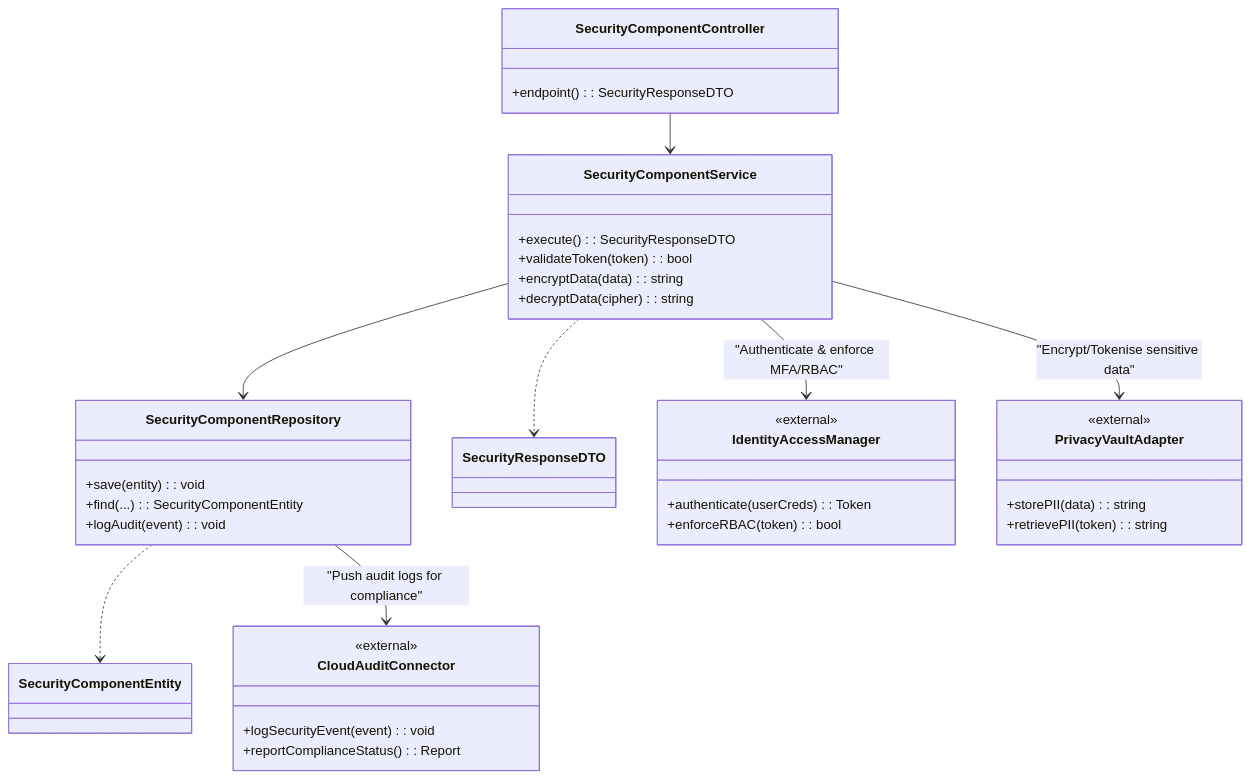
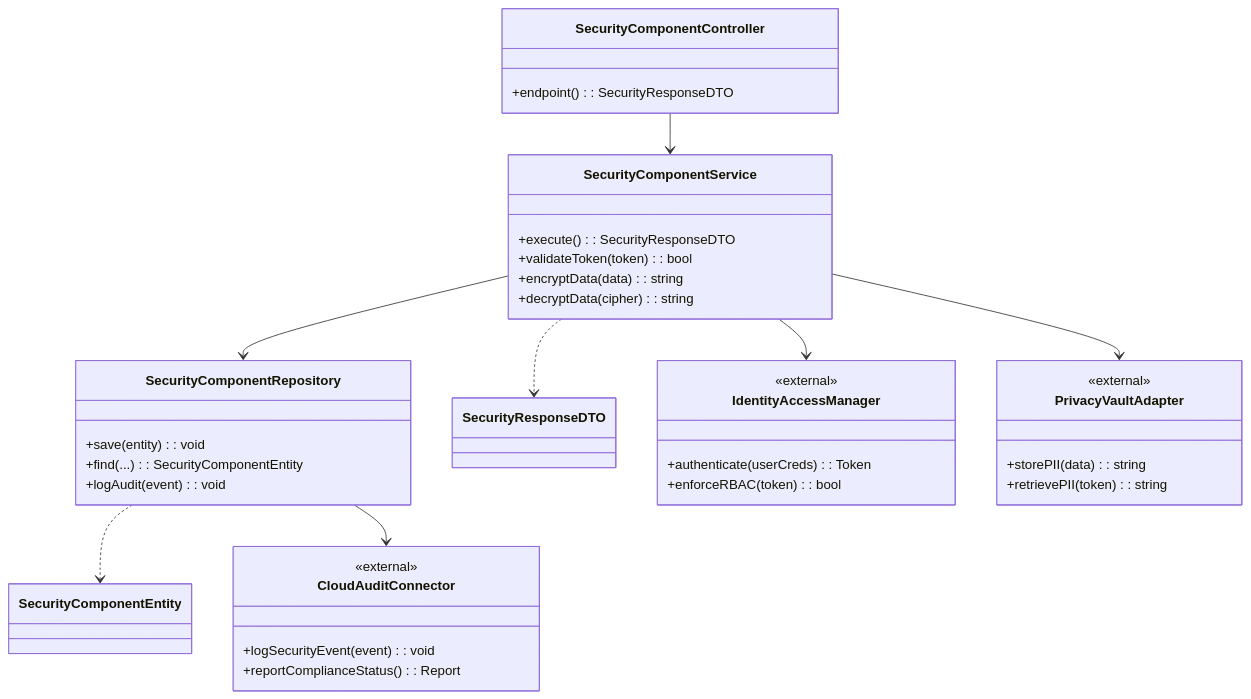
Before and after one commit to Reetabass/structurizr_template: the diagram in component_code_views_mermaid.md, drawn with Mermaid.

Commit message:
mermaid edit

````diff
--- a/component_code_views_mermaid.md
+++ b/component_code_views_mermaid.md
@@ -5,48 +5,48 @@
 ```mermaid
 classDiagram
     %% === CORE SECURITY CLASSES ===
     class SecurityComponentController {
         +endpoint(): SecurityResponseDTO
     }
     class SecurityComponentService {
         +execute(): SecurityResponseDTO
         +validateToken(token): bool
         +encryptData(data): string
         +decryptData(cipher): string
     }
     class SecurityComponentRepository {
         +save(entity): void
         +find(...): SecurityComponentEntity
         +logAudit(event): void
     }
     class SecurityComponentEntity
     class SecurityResponseDTO
 
     %% === CLOUD / SECURITY / PRIVACY SUPPORT LAYERS ===
     class IdentityAccessManager {
         <<external>>
         +authenticate(userCreds): Token
         +enforceRBAC(token): bool
     }
     class PrivacyVaultAdapter {
         <<external>>
         +storePII(data): string
         +retrievePII(token): string
     }
     class CloudAuditConnector {
         <<external>>
         +logSecurityEvent(event): void
         +reportComplianceStatus(): Report
     }
 
     %% === RELATIONSHIPS ===
     SecurityComponentController --> SecurityComponentService
     SecurityComponentService --> SecurityComponentRepository
     SecurityComponentService ..> SecurityResponseDTO
     SecurityComponentRepository ..> SecurityComponentEntity
 
     %% === NEW CLOUD/SECURITY/PRIVACY LINKS ===
-    SecurityComponentService --> IdentityAccessManager : "Authenticate & enforce MFA/RBAC"
-    SecurityComponentService --> PrivacyVaultAdapter : "Encrypt/Tokenise sensitive data"
-    SecurityComponentRepository --> CloudAuditConnector : "Push audit logs for compliance"
+    SecurityComponentService --> IdentityAccessManager
+    SecurityComponentService --> PrivacyVaultAdapter
+    SecurityComponentRepository --> CloudAuditConnector
 ```
````
